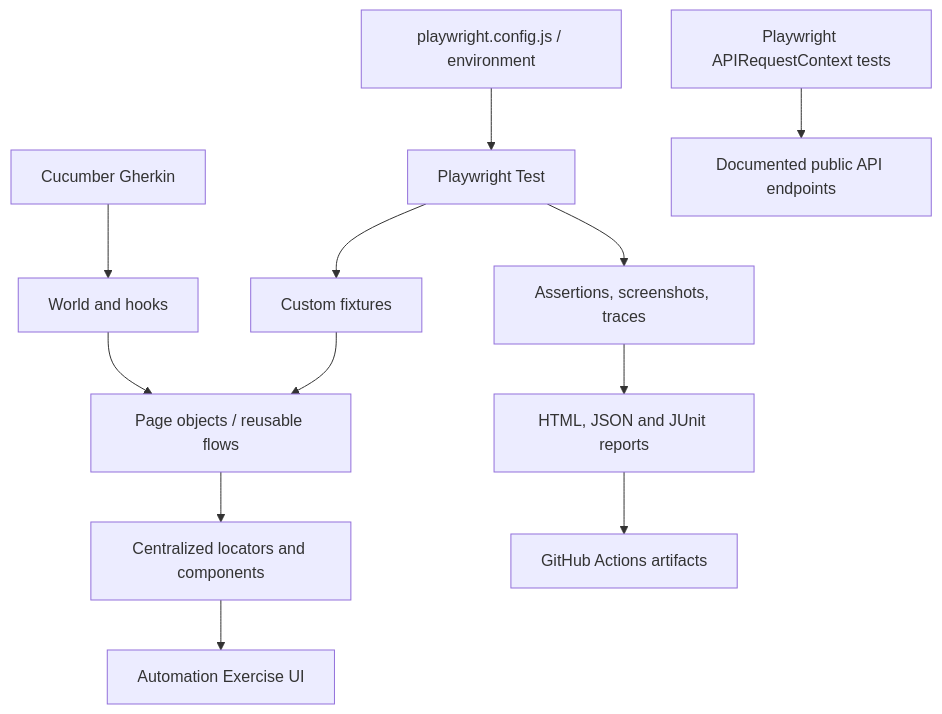
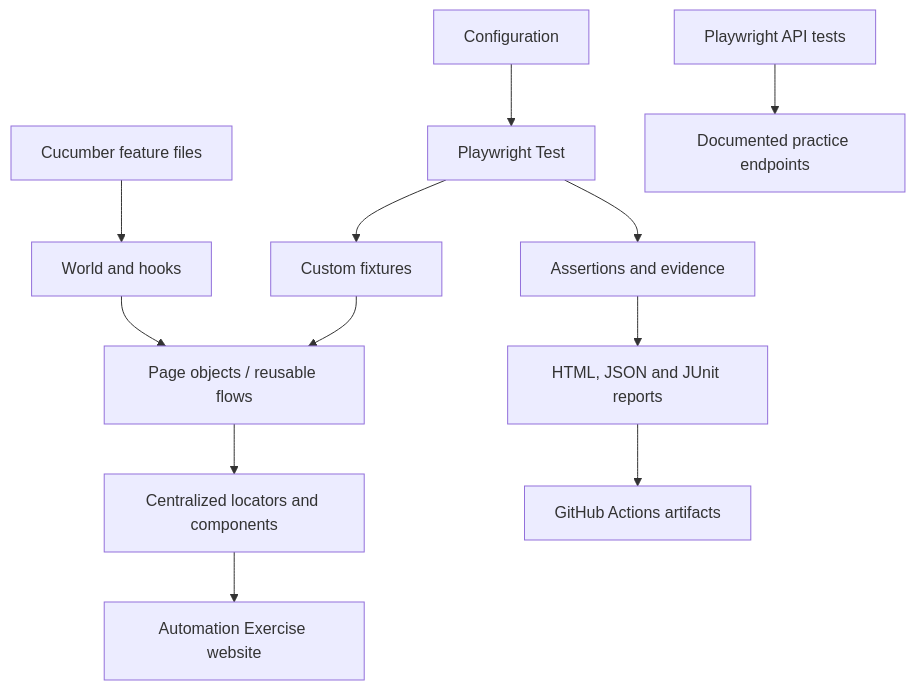
Before and after one commit to SanFlash/automationExercise: the diagram in README.md, drawn with Mermaid. The commit also changed other lines of this file, not shown here.

````diff
--- a/README.md
+++ b/README.md
@@ -20,14 +20,14 @@
 ```mermaid
 flowchart TD
-  A[playwright.config.js / environment] --> B[Playwright Test]
+  A[Configuration] --> B[Playwright Test]
   B --> C[Custom fixtures]
   C --> D[Page objects / reusable flows]
   D --> E[Centralized locators and components]
-  E --> F[Automation Exercise UI]
-  B --> G[Assertions, screenshots, traces]
+  E --> F[Automation Exercise website]
+  B --> G[Assertions and evidence]
   G --> H[HTML, JSON and JUnit reports]
-  I[Cucumber Gherkin] --> J[World and hooks]
+  I[Cucumber feature files] --> J[World and hooks]
   J --> D
-  K[Playwright APIRequestContext tests] --> L[Documented public API endpoints]
+  K[Playwright API tests] --> L[Documented practice endpoints]
   H --> M[GitHub Actions artifacts]
 ```
````
